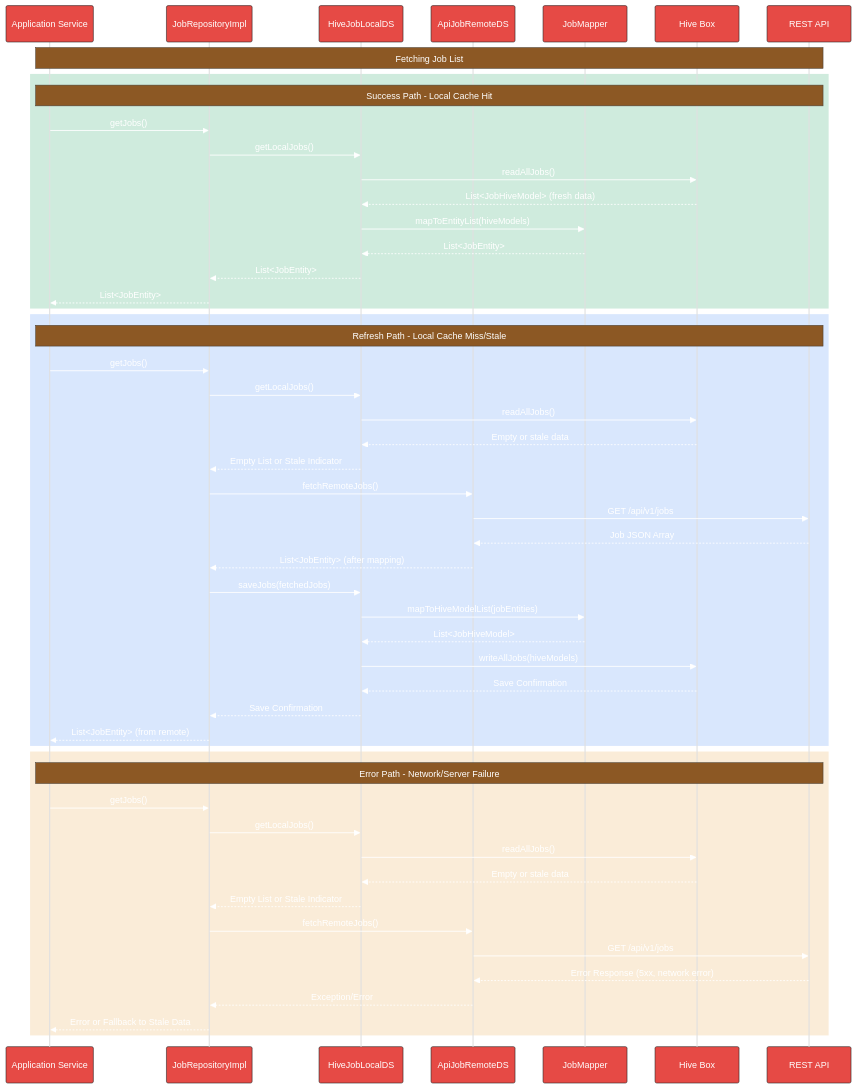
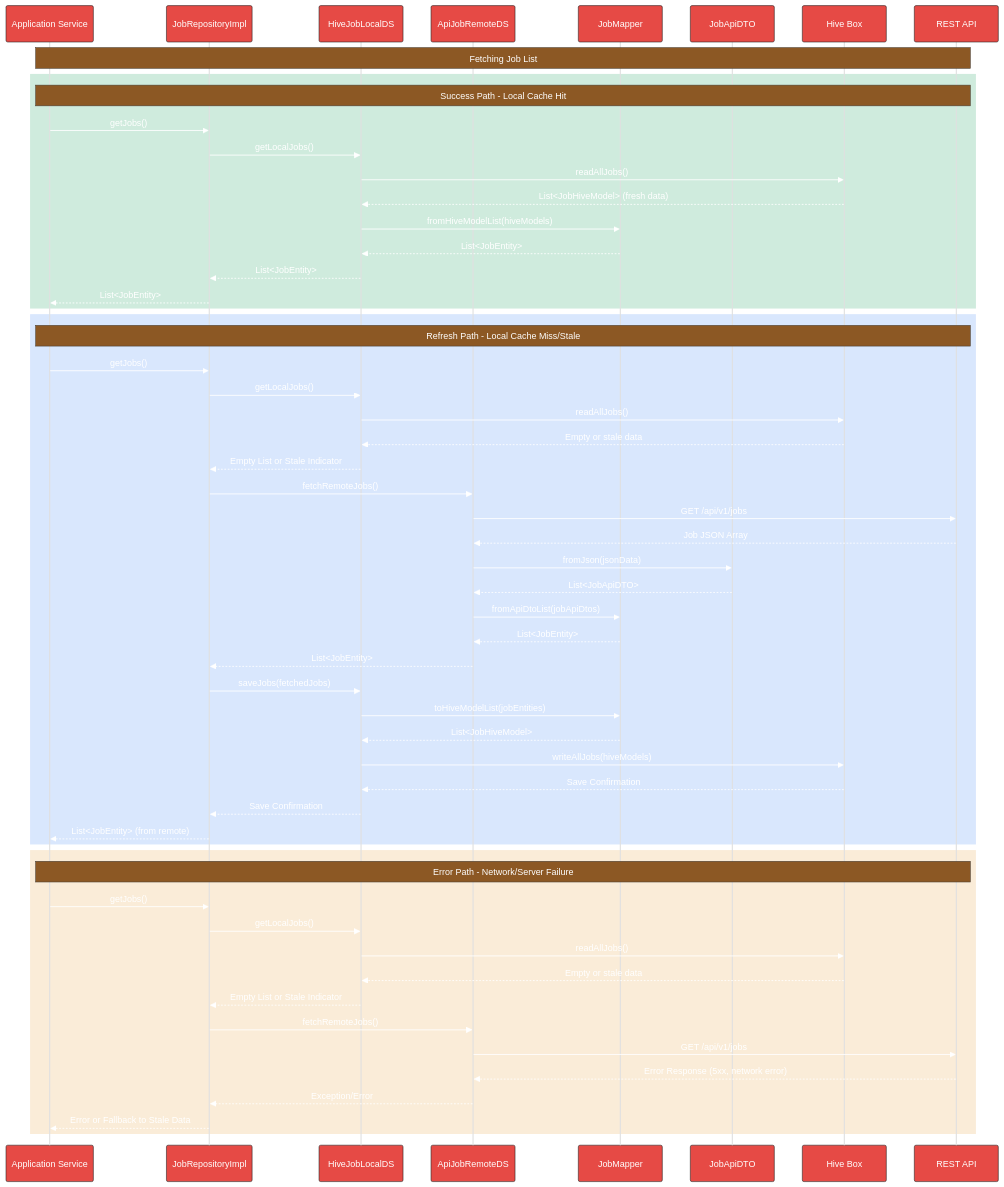
Before and after one commit to MediScribe/docjet-mobile: the second of 2 diagrams in docs/fresh-start/job_dataflow.md, drawn with Mermaid. The commit also changed other lines of this file, not shown here.

First line of the commit message:
Enhance job data flow documentation with proper DTO architecture

````diff
--- a/docs/fresh-start/job_dataflow.md
+++ b/docs/fresh-start/job_dataflow.md
@@ -60,72 +62,77 @@
 ```mermaid
 %%{init: {'theme': 'base', 'themeVariables': { 
   'primaryColor': '#E64A45', 
   'primaryTextColor': '#fff', 
   'primaryBorderColor': '#222', 
   'lineColor': '#4285F4', 
   'secondaryColor': '#0F9D58', 
   'tertiaryColor': '#9E9E9E',
   'actorLineColor': '#e0e0e0',
   'noteBkgColor': '#8C5824',      
   'noteTextColor': '#fff'       
 }}}%%
 sequenceDiagram
     participant AppSvc as Application Service
     participant JobRepo as JobRepositoryImpl
     participant LocalDS as HiveJobLocalDS
     participant RemoteDS as ApiJobRemoteDS
     participant Mapper as JobMapper
+    participant ApiDTO as JobApiDTO
     participant Hive as Hive Box
     participant API as REST API
 
     Note over AppSvc, API: Fetching Job List
 
     %% Success Path - Local Data
     rect rgb(15, 157, 88, 0.2)
     Note over AppSvc, API: Success Path - Local Cache Hit
     AppSvc->>JobRepo: getJobs()
     JobRepo->>LocalDS: getLocalJobs()
     LocalDS->>Hive: readAllJobs()
     Hive-->>LocalDS: List<JobHiveModel> (fresh data)
-    LocalDS->>Mapper: mapToEntityList(hiveModels)
+    LocalDS->>Mapper: fromHiveModelList(hiveModels)
     Mapper-->>LocalDS: List<JobEntity>
     LocalDS-->>JobRepo: List<JobEntity>
     JobRepo-->>AppSvc: List<JobEntity>
     end
     
     %% Refresh Path - Remote Fetch
     rect rgb(66, 133, 244, 0.2)
     Note over AppSvc, API: Refresh Path - Local Cache Miss/Stale
     AppSvc->>JobRepo: getJobs()
     JobRepo->>LocalDS: getLocalJobs()
     LocalDS->>Hive: readAllJobs()
     Hive-->>LocalDS: Empty or stale data
     LocalDS-->>JobRepo: Empty List or Stale Indicator
     JobRepo->>RemoteDS: fetchRemoteJobs()
     RemoteDS->>API: GET /api/v1/jobs
     API-->>RemoteDS: Job JSON Array
-    RemoteDS-->>JobRepo: List<JobEntity> (after mapping)
+    RemoteDS->>ApiDTO: fromJson(jsonData)
+    ApiDTO-->>RemoteDS: List<JobApiDTO>
+    RemoteDS->>Mapper: fromApiDtoList(jobApiDtos)
+    Mapper-->>RemoteDS: List<JobEntity>
+    RemoteDS-->>JobRepo: List<JobEntity>
     JobRepo->>LocalDS: saveJobs(fetchedJobs)
-    LocalDS->>Mapper: mapToHiveModelList(jobEntities)
+    LocalDS->>Mapper: toHiveModelList(jobEntities)
     Mapper-->>LocalDS: List<JobHiveModel>
     LocalDS->>Hive: writeAllJobs(hiveModels)
     Hive-->>LocalDS: Save Confirmation
     LocalDS-->>JobRepo: Save Confirmation
     JobRepo-->>AppSvc: List<JobEntity> (from remote)
     end
     
     %% Error Path
     rect rgb(230, 162, 60, 0.2)
     Note over AppSvc, API: Error Path - Network/Server Failure
     AppSvc->>JobRepo: getJobs()
     JobRepo->>LocalDS: getLocalJobs()
     LocalDS->>Hive: readAllJobs()
     Hive-->>LocalDS: Empty or stale data
     LocalDS-->>JobRepo: Empty List or Stale Indicator
     JobRepo->>RemoteDS: fetchRemoteJobs()
     RemoteDS->>API: GET /api/v1/jobs
     API-->>RemoteDS: Error Response (5xx, network error)
     RemoteDS-->>JobRepo: Exception/Error
     JobRepo-->>AppSvc: Error or Fallback to Stale Data
     end
 ```
````
